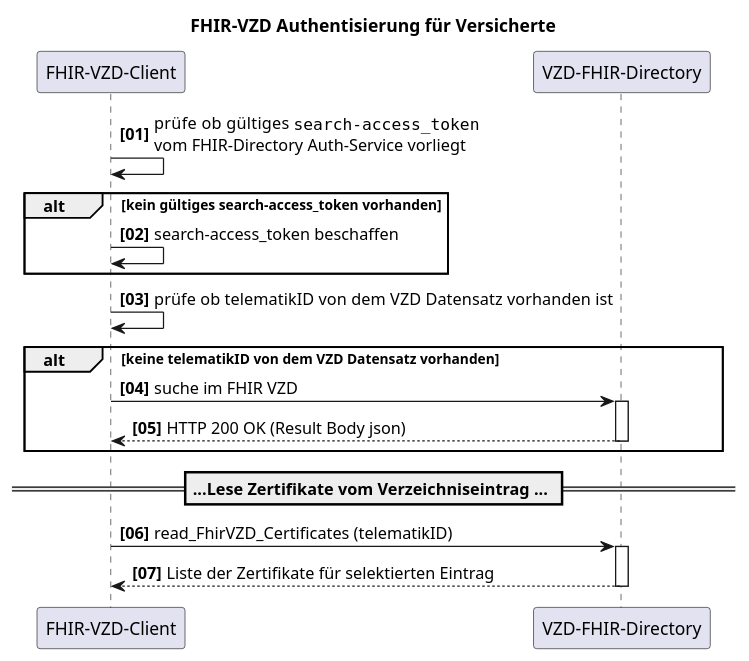
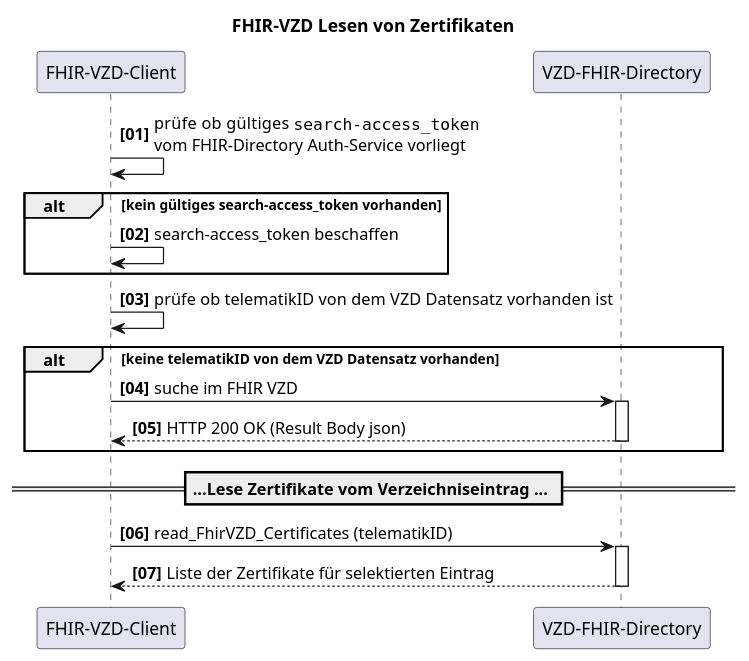
The diagram in src/plantuml/SequenceDiagram.FHIR-Directory.Certificates.puml (gematik/api-vzd), drawn with PlantUML before and after one commit.

```diff
--- a/src/plantuml/SequenceDiagram.FHIR-Directory.Certificates.puml
+++ b/src/plantuml/SequenceDiagram.FHIR-Directory.Certificates.puml
@@ -1,34 +1,34 @@
 @startuml
 autonumber 1 1 "<b>[00]"
-title "FHIR-VZD Authentisierung für Versicherte"
+title "FHIR-VZD Lesen von Zertifikaten"
 
     participant FhirVzdClient as "FHIR-VZD-Client"
 
 
     participant fp as "VZD-FHIR-Directory"
 
 
 FhirVzdClient-> FhirVzdClient: prüfe ob  gültiges ""search-access_token""\nvom FHIR-Directory Auth-Service vorliegt
 
 alt kein gültiges search-access_token vorhanden
    FhirVzdClient-> FhirVzdClient: search-access_token beschaffen
 end
 
 
 FhirVzdClient-> FhirVzdClient: prüfe ob  telematikID von dem VZD Datensatz vorhanden ist
 
 alt keine telematikID von dem VZD Datensatz vorhanden
    FhirVzdClient -> fp: suche im FHIR VZD
    activate fp
    fp --> FhirVzdClient : HTTP 200 OK (Result Body json)
    deactivate fp
 end
 
 == ...Lese Zertifikate vom Verzeichniseintrag ... ==
 
 FhirVzdClient -> fp: read_FhirVZD_Certificates (telematikID) 
 activate fp
 fp-->FhirVzdClient: Liste der Zertifikate für selektierten Eintrag
 deactivate fp
 
 @enduml
```
